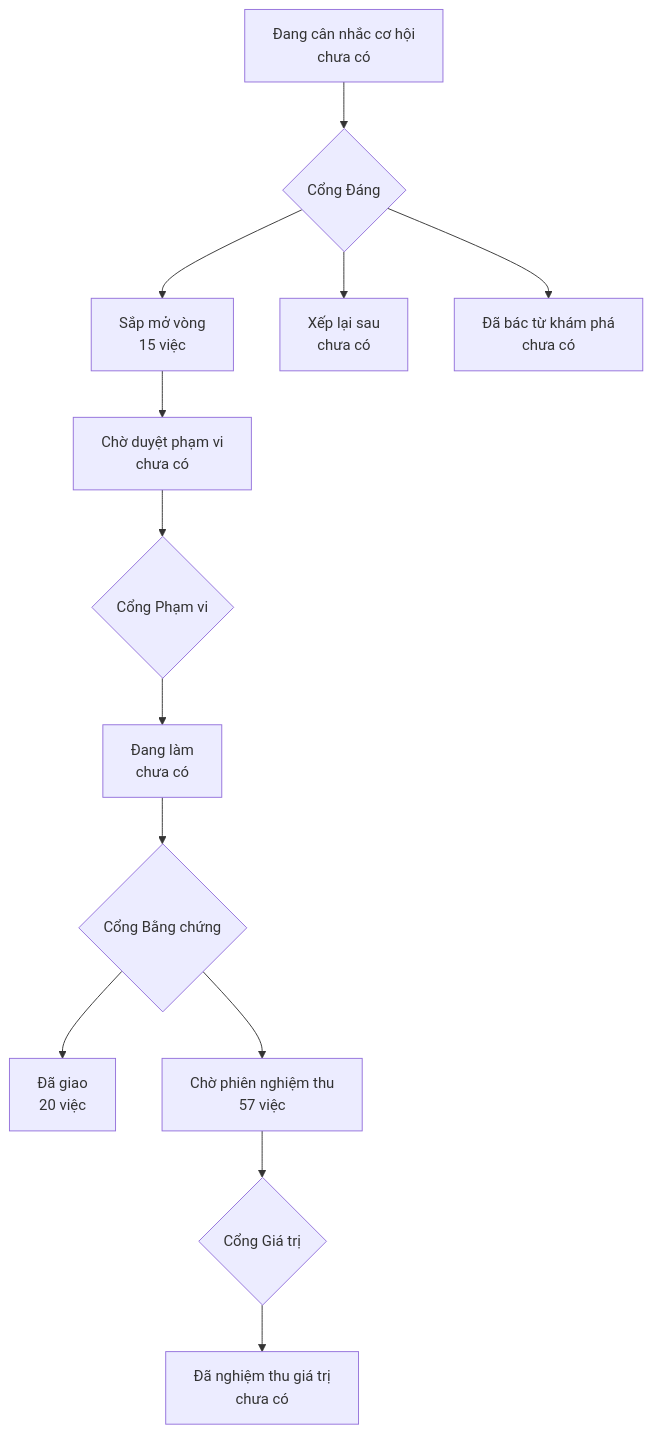
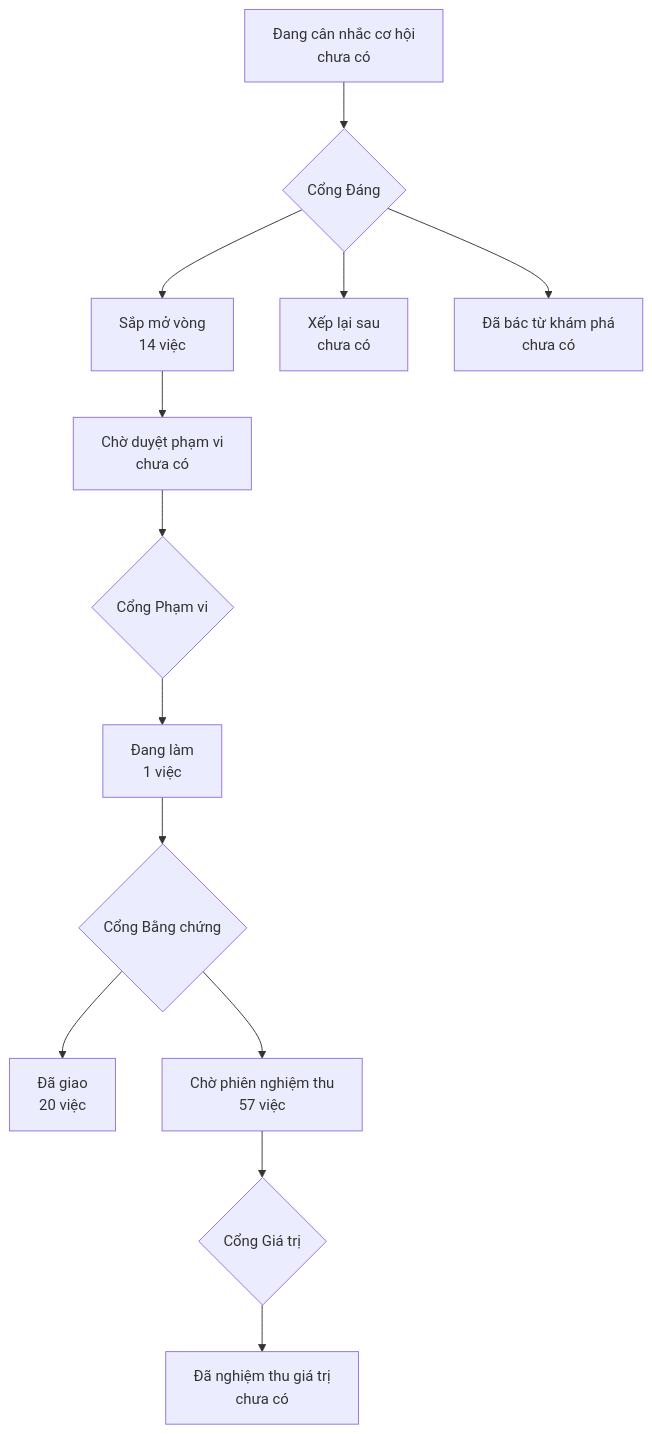
One commit to phanlemanh/onehub-quy-hang changed the diagram in PRODUCT-MAP.md. Above: the diagram before and after it, drawn with Mermaid. The commit also changed other lines of this file and 3 other files, not shown here.

````diff
--- a/PRODUCT-MAP.md
+++ b/PRODUCT-MAP.md
@@ -7,12 +7,12 @@
 ```mermaid
 flowchart TD
   A["Đang cân nhắc cơ hội<br/>chưa có"] --> GD{"Cổng Đáng"}
-  GD --> B["Sắp mở vòng<br/>15 việc"]
+  GD --> B["Sắp mở vòng<br/>14 việc"]
   GD --> XL["Xếp lại sau<br/>chưa có"]
   GD --> DB["Đã bác từ khám phá<br/>chưa có"]
   B --> CD["Chờ duyệt phạm vi<br/>chưa có"] --> GP{"Cổng Phạm vi"}
-  GP --> DL["Đang làm<br/>chưa có"] --> GB{"Cổng Bằng chứng"}
+  GP --> DL["Đang làm<br/>1 việc"] --> GB{"Cổng Bằng chứng"}
   GB --> DG["Đã giao<br/>20 việc"]
   GB --> CN["Chờ phiên nghiệm thu<br/>57 việc"] --> GG{"Cổng Giá trị"}
   GG --> NT["Đã nghiệm thu giá trị<br/>chưa có"]
 ```
````
